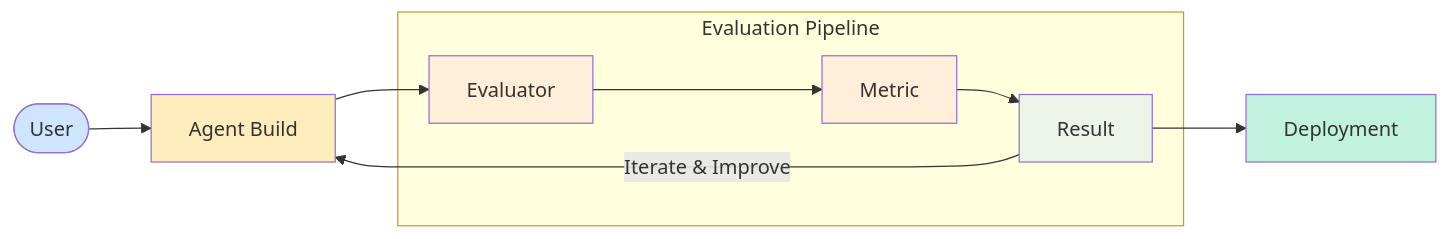
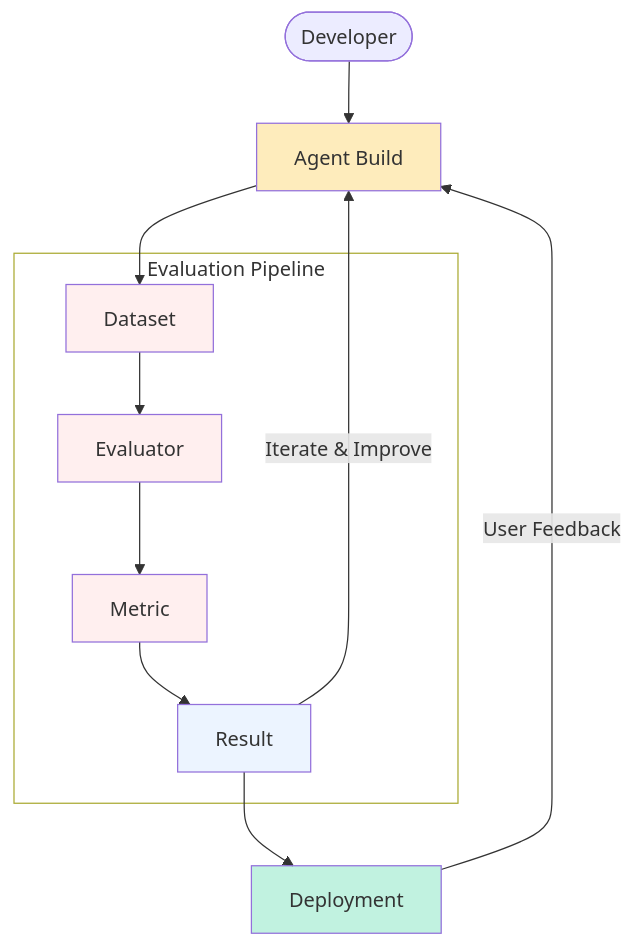
One commit to RailtownAI/railtracks changed the diagram in docs/evaluations/preface.md. Above: the diagram before and after it, drawn with Mermaid. The commit also changed 8 other files, not shown here.

````diff
--- a/docs/evaluations/preface.md
+++ b/docs/evaluations/preface.md
@@ -13,31 +13,36 @@
 ```mermaid
-graph LR
-    User([User]) --> BuildAgent[Agent Build]
-
-    BuildAgent --> Evaluator[Evaluator]
+graph TD
+    Developer([Developer]) --> BuildAgent[Agent Build]
+    
+    BuildAgent --> Dataset[Dataset]
     
     subgraph Evaluation ["Evaluation Pipeline"]
+        Dataset --> Evaluator[Evaluator]
         Evaluator --> Metric[Metric]
         Metric --> Result[Result]
     end
     
     Result -->|Iterate & Improve| BuildAgent
 
     Result --> Deploy[Deployment]
+    Deploy --> |User Feedback| BuildAgent
     
     %% === COLOR THEMING ===
     %% Define color classes based on consistent theme
     classDef userClass fill:#60A5FA,fill-opacity:0.3
     classDef buildClass fill:#FBBF24,fill-opacity:0.3
     classDef evalClass fill:#34D399,fill-opacity:0.3
     classDef resultClass fill:#BFDBFE,fill-opacity:0.3
     classDef pipelineClass fill:#FECACA,fill-opacity:0.3
     classDef deployClass fill:#34D399 ,fill-opacity:0.3
     
     %% Apply color classes
     class User userClass;
     class BuildAgent buildClass;
-    class Eval,Evaluator,Metric pipelineClass;
+    class Dataset,Evaluator,Metric pipelineClass;
     class Result resultClass;
     class Deploy deployClass;
+
+    %% Subgraph style
+    style Evaluation fill:transparent,stroke:#FFFFF,stroke-width:1px
 ```
````
